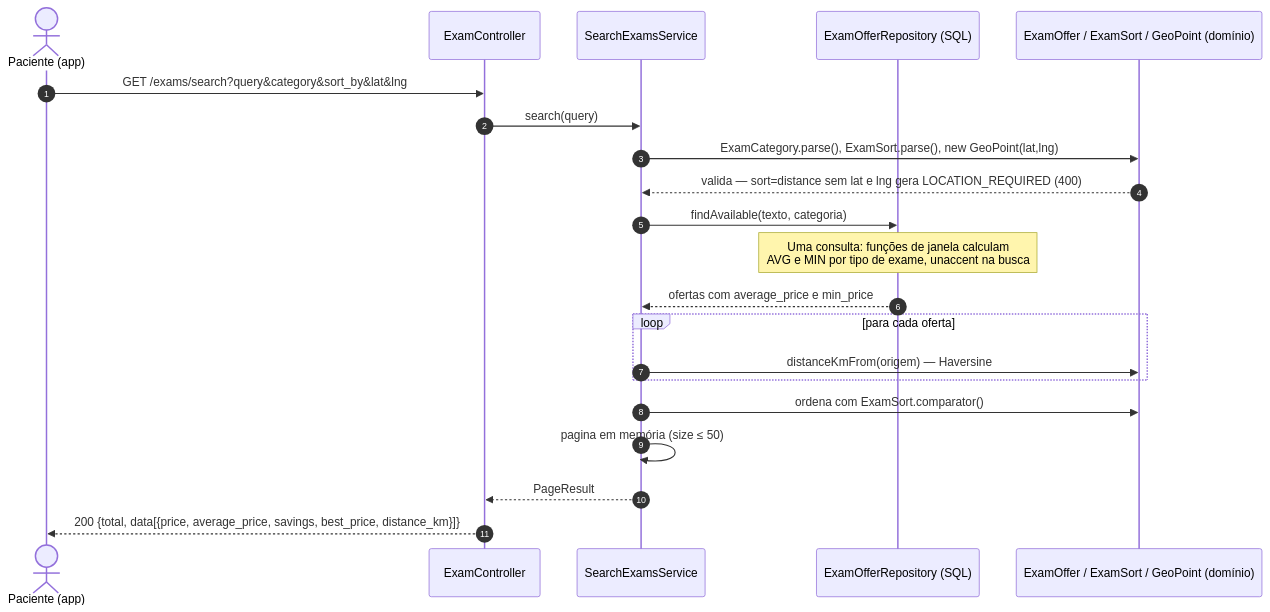
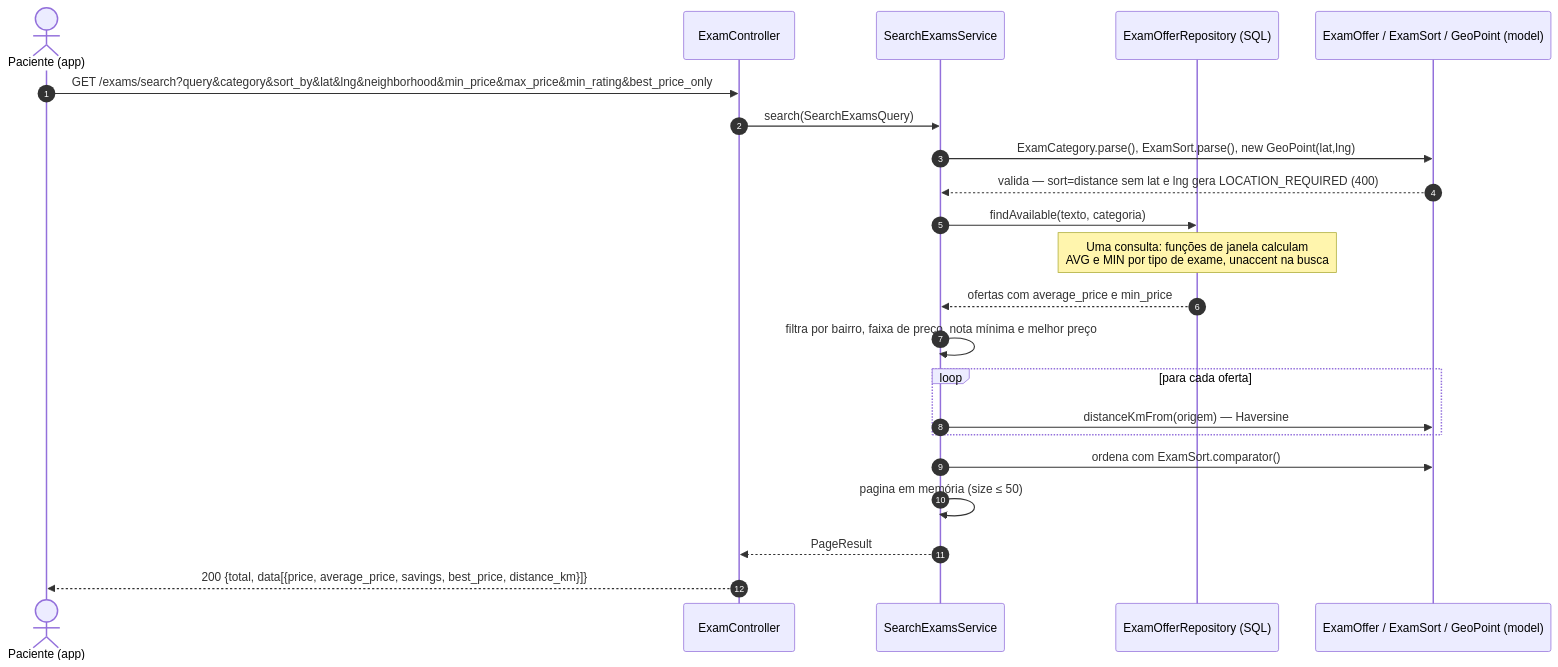
Before and after one commit to MarcioFerreiraL/clinics-backend: the fourth of 7 diagrams in docs/08-diagramas-de-sequencia.md, drawn with Mermaid. The commit also changed other lines of this file and 1 other file, not shown here.

First line of the commit message:
docs: arquitetura em camadas e diagramas atualizados

````diff
--- a/docs/08-diagramas-de-sequencia.md
+++ b/docs/08-diagramas-de-sequencia.md
@@ -86,24 +89,25 @@
 ```mermaid
 sequenceDiagram
     autonumber
     actor P as Paciente (app)
     participant C as ExamController
     participant S as SearchExamsService
     participant R as ExamOfferRepository (SQL)
-    participant D as ExamOffer / ExamSort / GeoPoint (domínio)
+    participant D as ExamOffer / ExamSort / GeoPoint (model)
 
-    P->>C: GET /exams/search?query&category&sort_by&lat&lng
-    C->>S: search(query)
+    P->>C: GET /exams/search?query&category&sort_by&lat&lng&neighborhood&min_price&max_price&min_rating&best_price_only
+    C->>S: search(SearchExamsQuery)
     S->>D: ExamCategory.parse(), ExamSort.parse(), new GeoPoint(lat,lng)
     D-->>S: valida — sort=distance sem lat e lng gera LOCATION_REQUIRED (400)
     S->>R: findAvailable(texto, categoria)
     Note over R: Uma consulta: funções de janela calculam<br/>AVG e MIN por tipo de exame, unaccent na busca
     R-->>S: ofertas com average_price e min_price
+    S->>S: filtra por bairro, faixa de preço, nota mínima e melhor preço
     loop para cada oferta
         S->>D: distanceKmFrom(origem) — Haversine
     end
     S->>D: ordena com ExamSort.comparator()
     S->>S: pagina em memória (size ≤ 50)
     S-->>C: PageResult
     C-->>P: 200 {total, data[{price, average_price, savings, best_price, distance_km}]}
 ```
````
